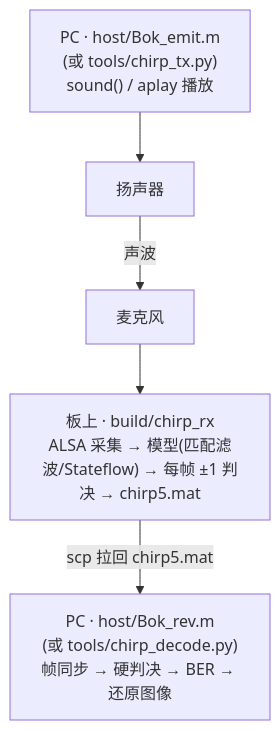
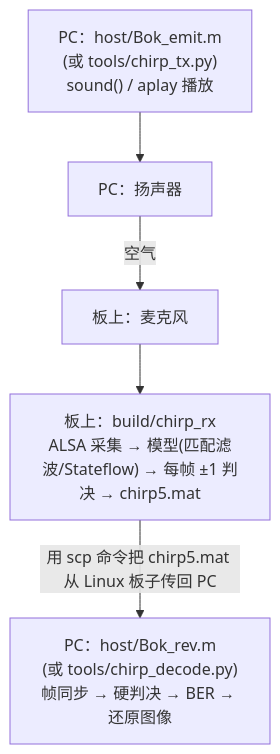
Before and after one commit to padhialuo0426/portable-acoustic-sdr: the second of 2 diagrams in documents/实验二_chirp扩频.md, drawn with Mermaid. The commit also changed other lines of this file and 2 other files, not shown here.

Commit message:
docs: 流程图节点标注对象归属，空气改为介质箭头标注
- 节点加「PC：/板上：」归属前缀(如 PC：扬声器、板上：麦克风)
- 传播介质「空气」不再用方框，仅作箭头标注
- scp 边写全：用 scp 命令把 <文件> 从 Linux 板子传回 PC
统一应用到全部四张流程图。

````diff
--- a/documents/实验二_chirp扩频.md
+++ b/documents/实验二_chirp扩频.md
@@ -24,11 +24,11 @@
 ```mermaid
 flowchart TD
-    emit["PC · host/Bok_emit.m<br/>(或 tools/chirp_tx.py)<br/>sound() / aplay 播放"]
-    spk["扬声器"]
-    mic["麦克风"]
-    rx["板上 · build/chirp_rx<br/>ALSA 采集 → 模型(匹配滤波/Stateflow) → 每帧 ±1 判决 → chirp5.mat"]
-    dec["PC · host/Bok_rev.m<br/>(或 tools/chirp_decode.py)<br/>帧同步 → 硬判决 → BER → 还原图像"]
+    emit["PC：host/Bok_emit.m<br/>(或 tools/chirp_tx.py)<br/>sound() / aplay 播放"]
+    spk["PC：扬声器"]
+    mic["板上：麦克风"]
+    rx["板上：build/chirp_rx<br/>ALSA 采集 → 模型(匹配滤波/Stateflow) → 每帧 ±1 判决 → chirp5.mat"]
+    dec["PC：host/Bok_rev.m<br/>(或 tools/chirp_decode.py)<br/>帧同步 → 硬判决 → BER → 还原图像"]
 
-    emit --> spk -->|声波| mic --> rx
-    rx -->|"scp 拉回 chirp5.mat"| dec
+    emit --> spk -->|"空气"| mic --> rx
+    rx -->|"用 scp 命令把 chirp5.mat 从 Linux 板子传回 PC"| dec
 ```
````
